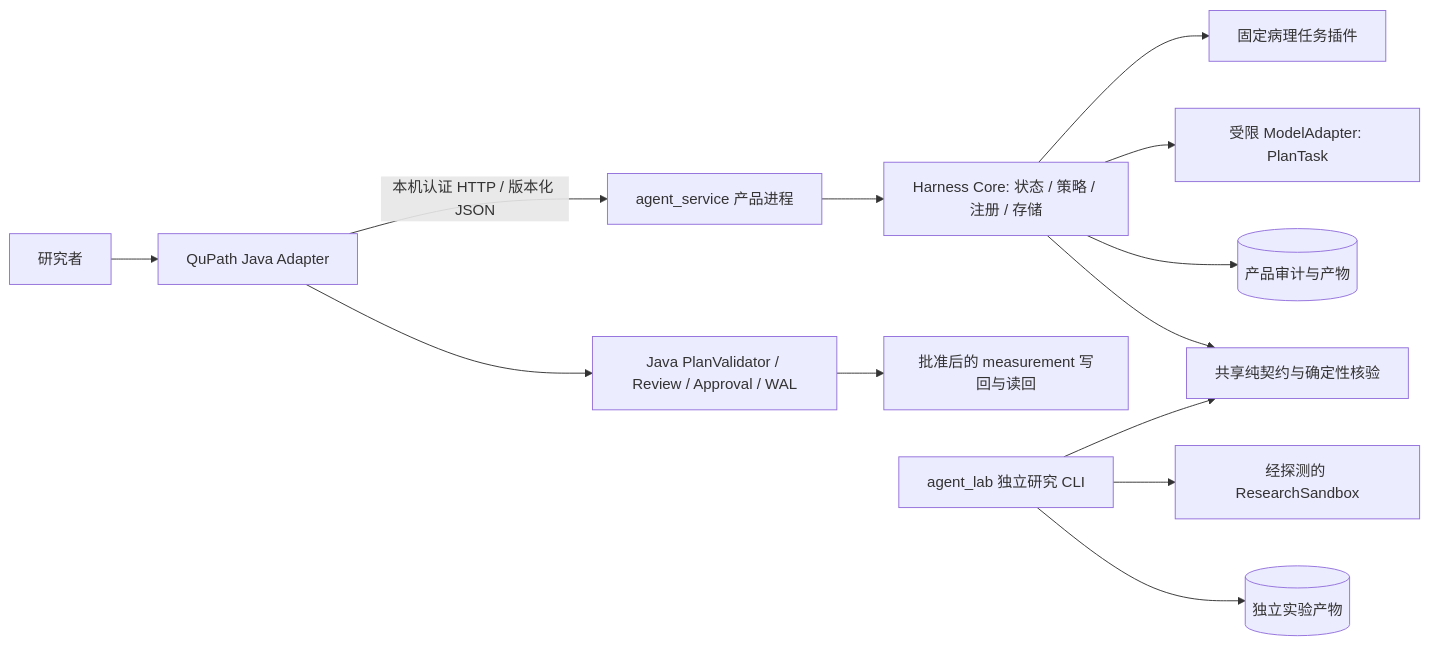
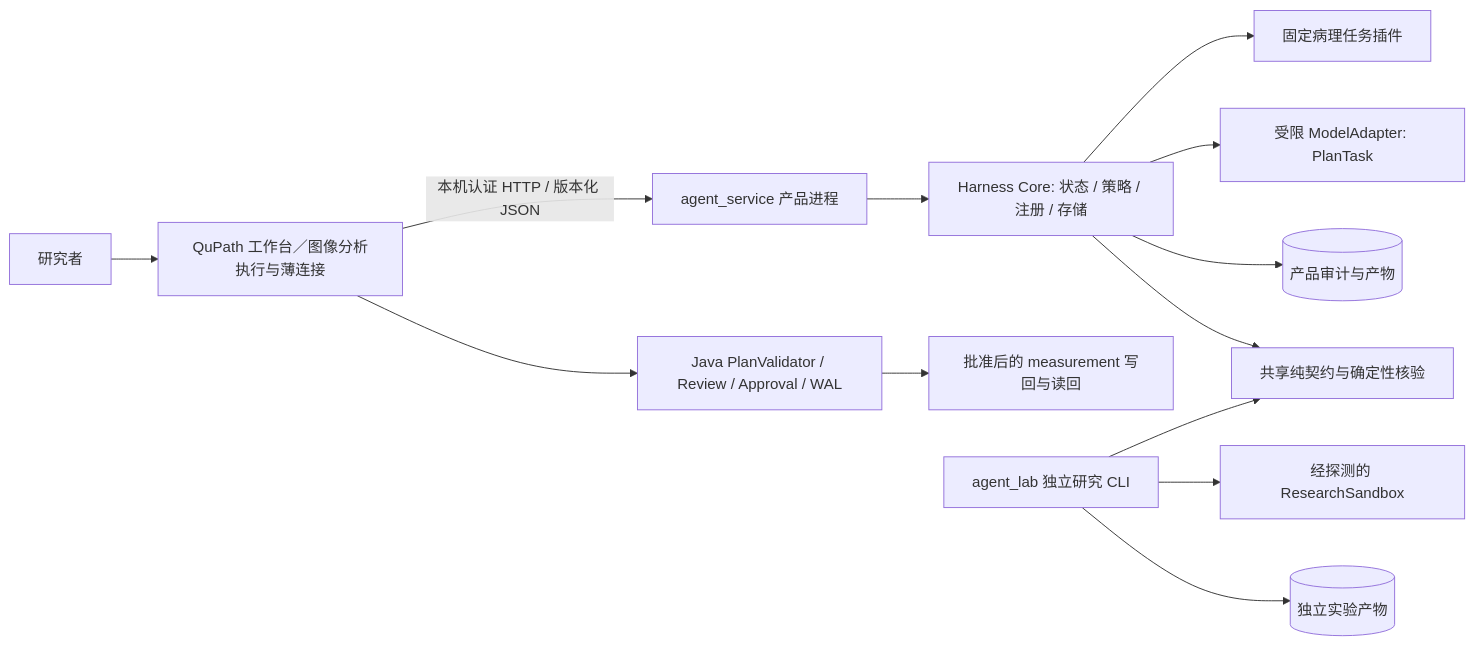
The first of 2 diagrams in cancer-harness-architecture.md (KLEIBER404/cancer-harness-dashboard), drawn with Mermaid before and after one commit. The commit also changed other lines of this file and 9 other files, not shown here.

````diff
--- a/cancer-harness-architecture.md
+++ b/cancer-harness-architecture.md
@@ -35,15 +39,15 @@
 ```mermaid
 flowchart LR
-  U[研究者] --> Q[QuPath Java Adapter]
+  U[研究者] --> Q[QuPath 工作台／图像分析执行与薄连接]
   Q -->|本机认证 HTTP / 版本化 JSON| P[agent_service 产品进程]
   P --> H[Harness Core: 状态 / 策略 / 注册 / 存储]
   H --> F[固定病理任务插件]
   H --> M[受限 ModelAdapter: PlanTask]
   H --> A[(产品审计与产物)]
   Q --> W[Java PlanValidator / Review / Approval / WAL]
   W --> R[批准后的 measurement 写回与读回]
   L[agent_lab 独立研究 CLI] --> C[共享纯契约与确定性核验]
   L --> X[经探测的 ResearchSandbox]
   L --> B[(独立实验产物)]
   H --> C
 ```
````
